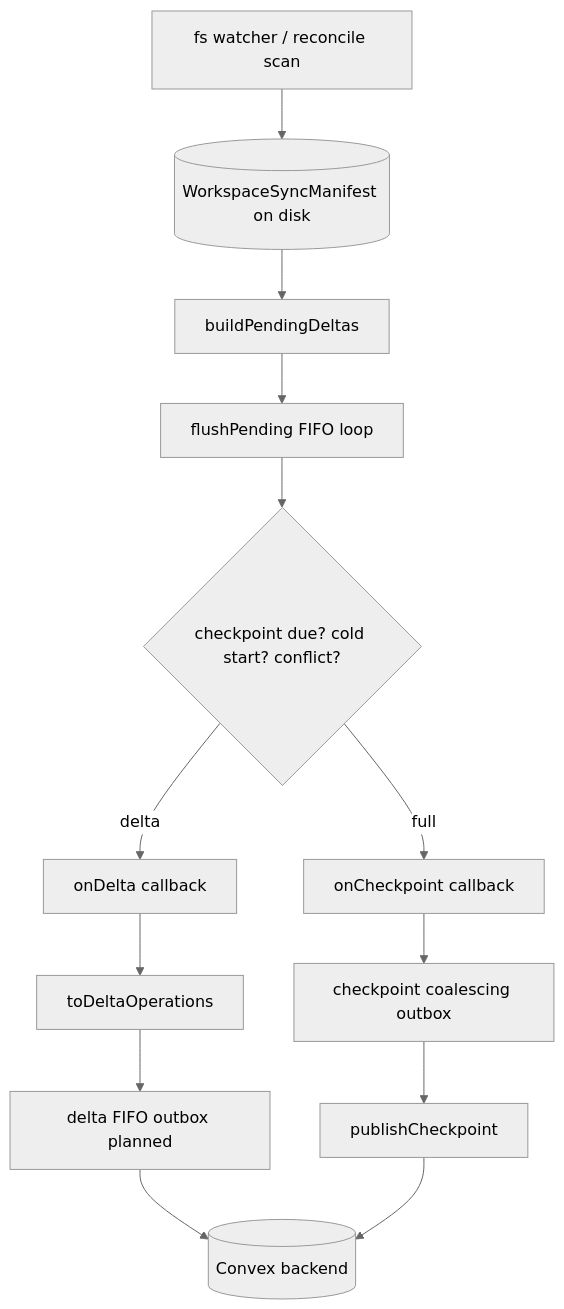
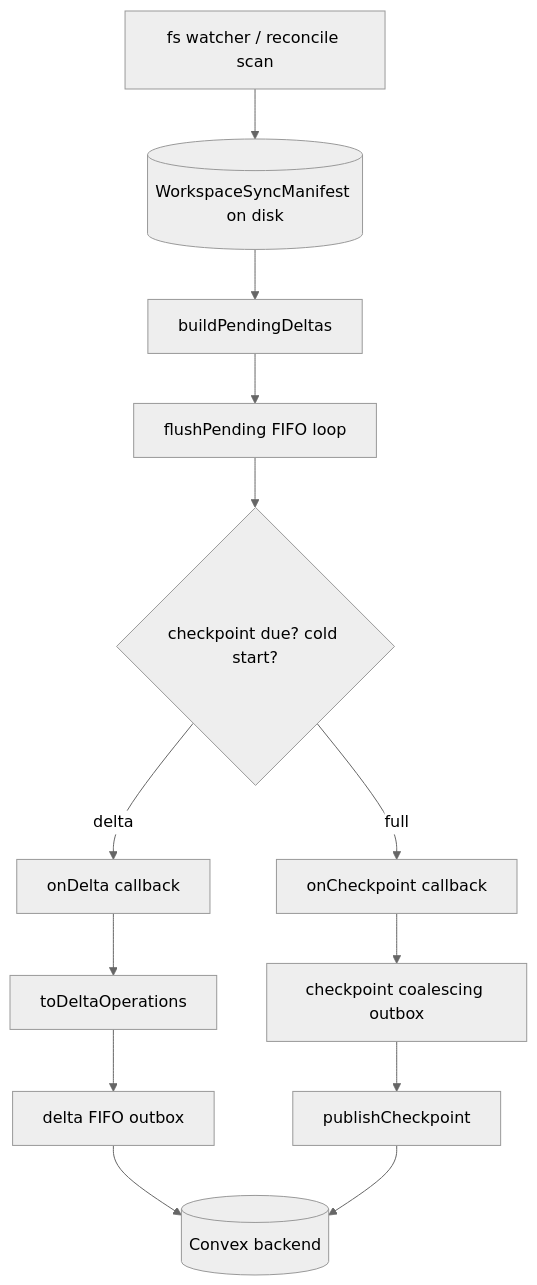
Before and after one commit to conradkoh/chatroom: the diagram in memory/migrations/daemon-outbox-consolidation.md, drawn with Mermaid (neutral theme). The commit also changed other lines of this file, not shown here.

Commit message:
docs: update outbox consolidation memory for durable delivery

````diff
--- a/memory/migrations/daemon-outbox-consolidation.md
+++ b/memory/migrations/daemon-outbox-consolidation.md
@@ -90,12 +90,12 @@
 ```mermaid
 flowchart TD
   Watcher[fs watcher / reconcile scan] --> Manifest[(WorkspaceSyncManifest on disk)]
   Manifest --> BuildDelta[buildPendingDeltas] --> Flush[flushPending FIFO loop]
-  Flush --> Decide{checkpoint due? cold start? conflict?}
+  Flush --> Decide{checkpoint due? cold start?}
   Decide -->|delta| OnDelta[onDelta callback] --> DeltaOps[toDeltaOperations]
   Decide -->|full| OnCheckpoint[onCheckpoint callback]
-  DeltaOps --> DeltaOutbox[delta FIFO outbox planned]
+  DeltaOps --> DeltaOutbox[delta FIFO outbox]
   OnCheckpoint --> CheckpointOutbox[checkpoint coalescing outbox] --> PublishCP[publishCheckpoint]
   DeltaOutbox --> Convex[(Convex backend)]
   PublishCP --> Convex
 ```
````
